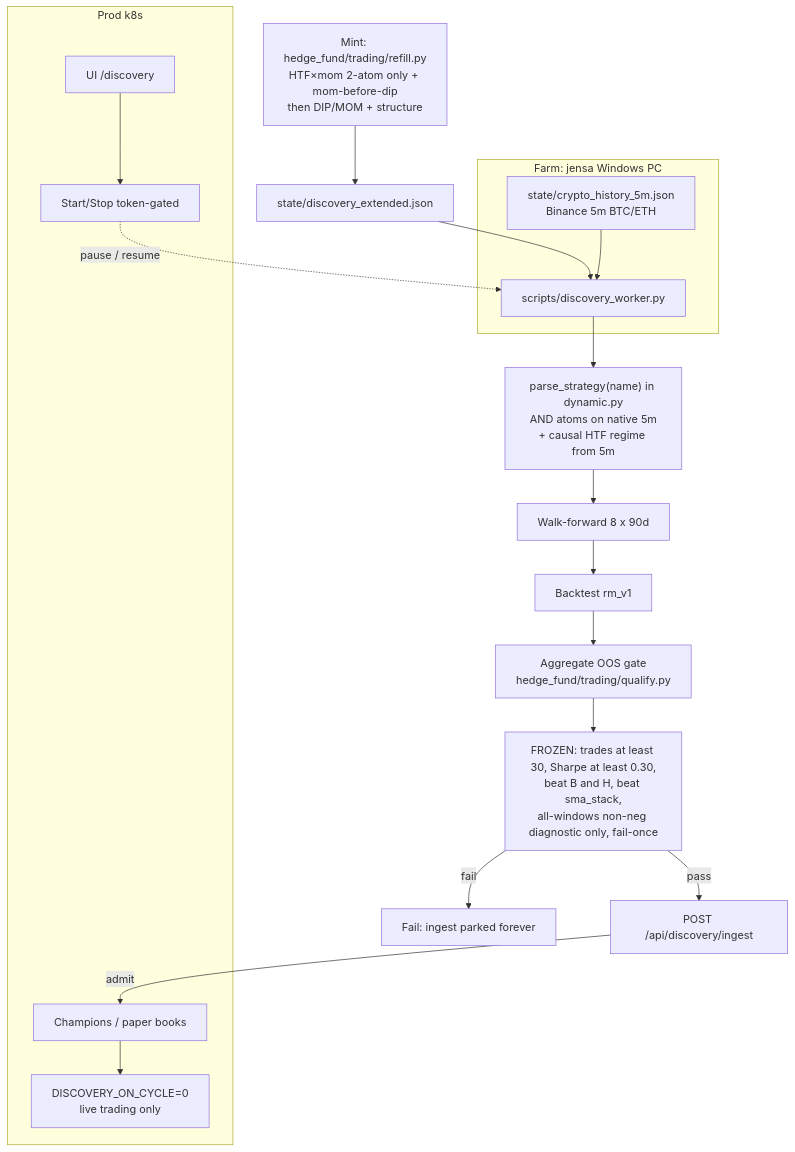
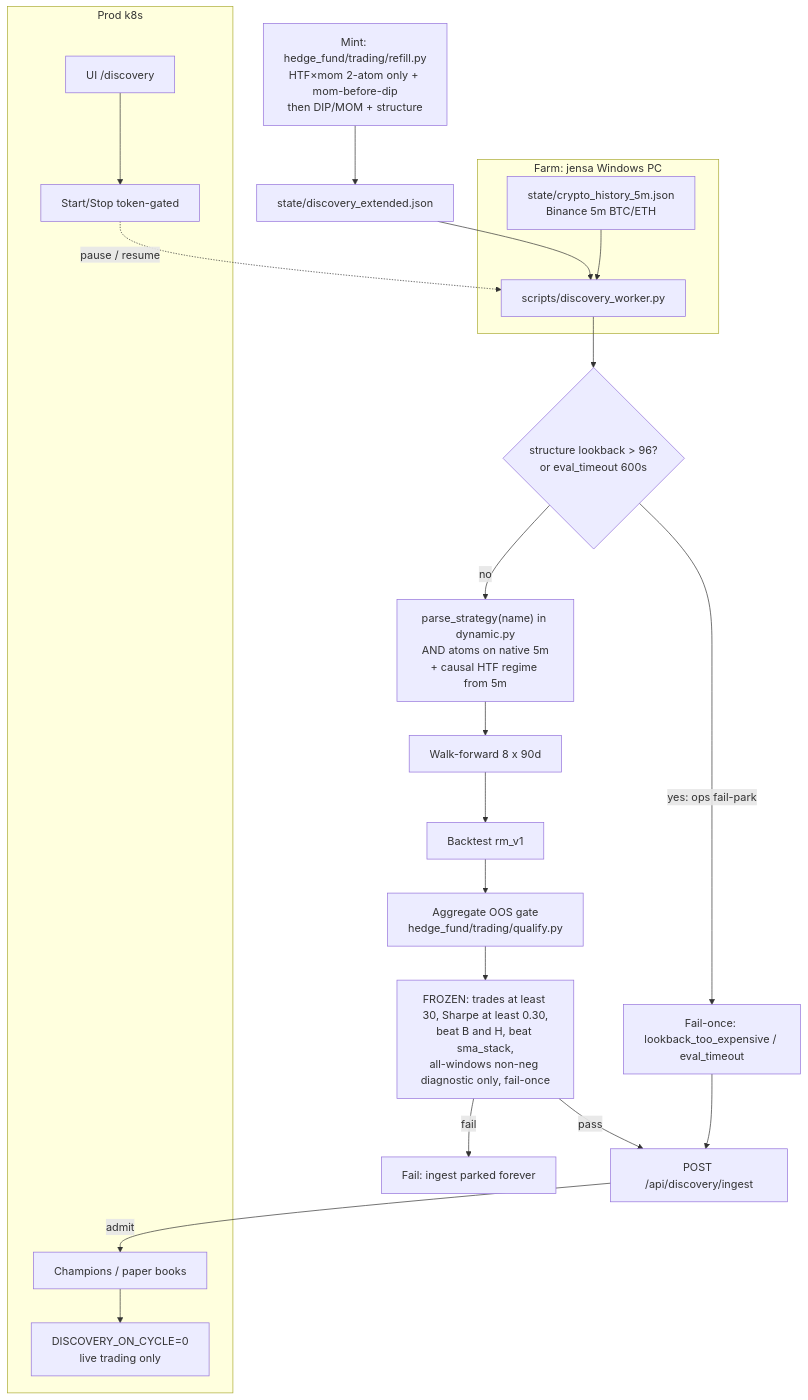
Before and after one commit to Runemark7/paper-trading-bot: the first of 3 diagrams in docs/WORKFLOW.md, drawn with Mermaid. The commit also changed other lines of this file and 10 other files, not shown here.

First line of the commit message:
feat(discovery): fail-park expensive lookbacks and hung evals (#57)

````diff
--- a/docs/WORKFLOW.md
+++ b/docs/WORKFLOW.md
@@ -50,38 +50,42 @@
 ```mermaid
 flowchart TB
   recipe["Mint: hedge_fund/trading/refill.py\nHTF×mom 2-atom only + mom-before-dip\nthen DIP/MOM + structure"]
   ext["state/discovery_extended.json"]
   recipe --> ext
 
   subgraph farm [Farm: jensa Windows PC]
     worker["scripts/discovery_worker.py"]
     hist["state/crypto_history_5m.json\nBinance 5m BTC/ETH"]
   end
   ext --> worker
   hist --> worker
 
+  guard{"structure lookback > 96?\nor eval_timeout 600s"}
   parse["parse_strategy(name) in dynamic.py\nAND atoms on native 5m\n+ causal HTF regime from 5m"]
   wf["Walk-forward 8 x 90d"]
   bt["Backtest rm_v1"]
   gate["Aggregate OOS gate\nhedge_fund/trading/qualify.py"]
-  worker --> parse --> wf --> bt --> gate
+  worker --> guard
+  guard -->|"yes: ops fail-park"| parkOps["Fail-once: lookback_too_expensive / eval_timeout"]
+  guard -->|no| parse --> wf --> bt --> gate
 
   frozen["FROZEN: trades at least 30, Sharpe at least 0.30,\nbeat B and H, beat sma_stack,\nall-windows non-neg diagnostic only, fail-once"]
   gate --> frozen
 
   ingest["POST /api/discovery/ingest"]
   park["Fail: ingest parked forever"]
   frozen -->|"pass"| ingest
   frozen -->|"fail"| park
+  parkOps --> ingest
 
   subgraph prod [Prod k8s]
     champs["Champions / paper books"]
     live["DISCOVERY_ON_CYCLE=0\nlive trading only"]
     ui["UI /discovery"]
     ctl["Start/Stop token-gated"]
   end
   ingest -->|"admit"| champs
   champs --> live
   ui --> ctl
   ctl -.->|"pause / resume"| worker
 ```
````
